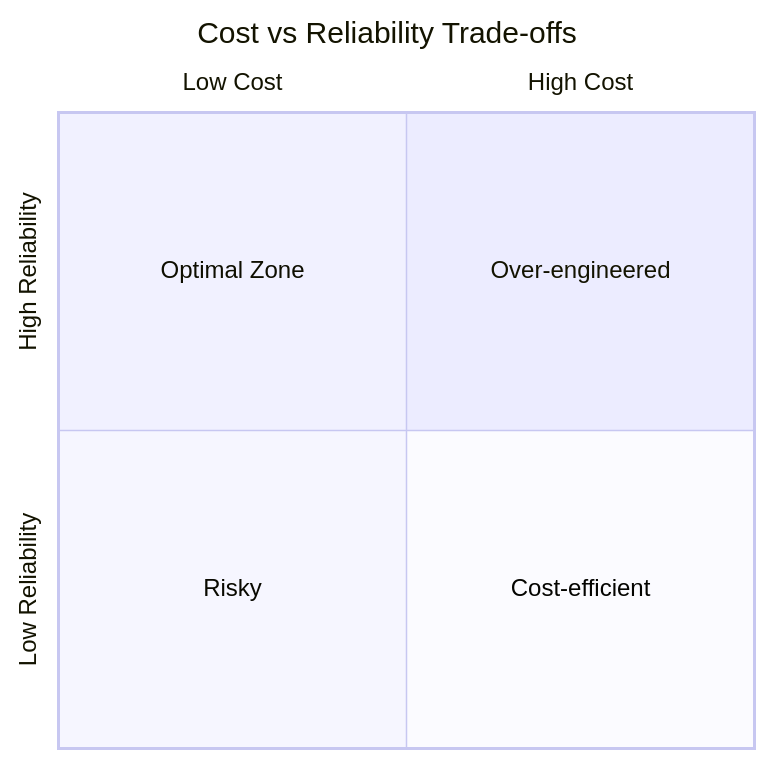
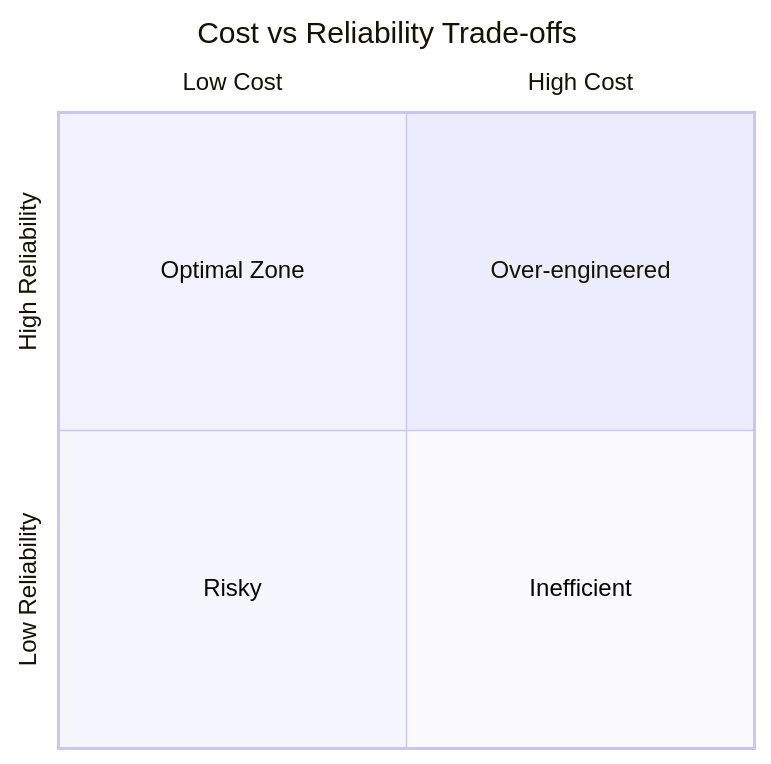
Before and after one commit to OneUptime/blog: the first of 6 diagrams in posts/2026-01-30-cost-capacity-tradeoffs/README.md, drawn with Mermaid. The commit also changed other lines of this file and 2 other files, not shown here.

Commit message:
validate: 2026-01-30-cost-capacity-tradeoffs

````diff
--- a/posts/2026-01-30-cost-capacity-tradeoffs/README.md
+++ b/posts/2026-01-30-cost-capacity-tradeoffs/README.md
@@ -25,10 +25,10 @@
 ```mermaid
 quadrantChart
     title Cost vs Reliability Trade-offs
     x-axis Low Cost --> High Cost
     y-axis Low Reliability --> High Reliability
     quadrant-1 "Over-engineered"
     quadrant-2 "Optimal Zone"
     quadrant-3 "Risky"
-    quadrant-4 "Cost-efficient"
+    quadrant-4 "Inefficient"
 ```
````
